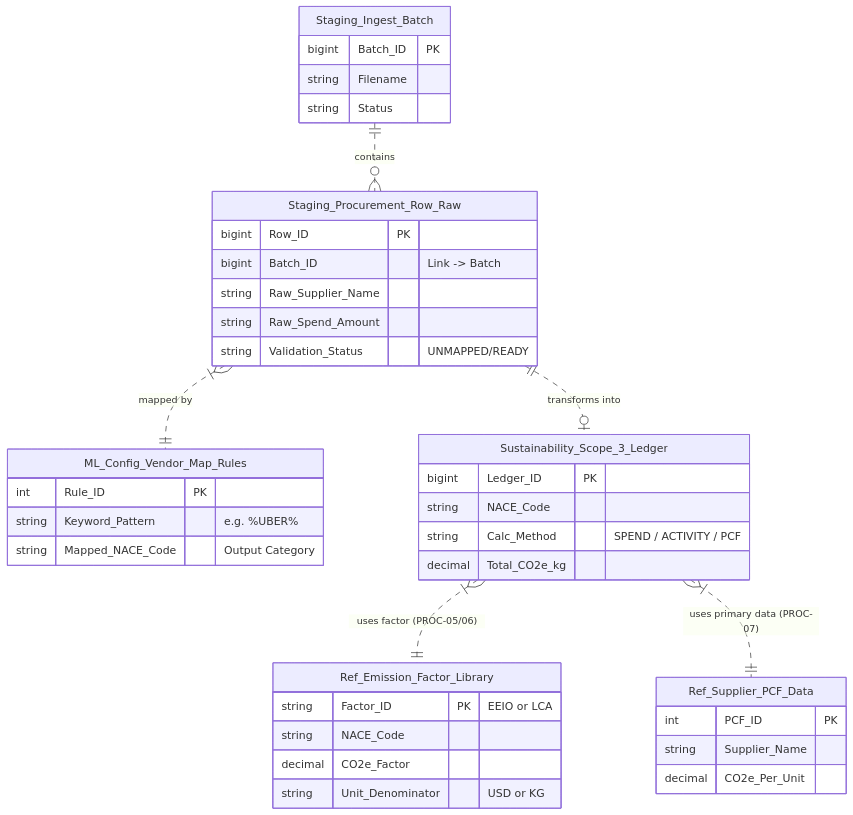
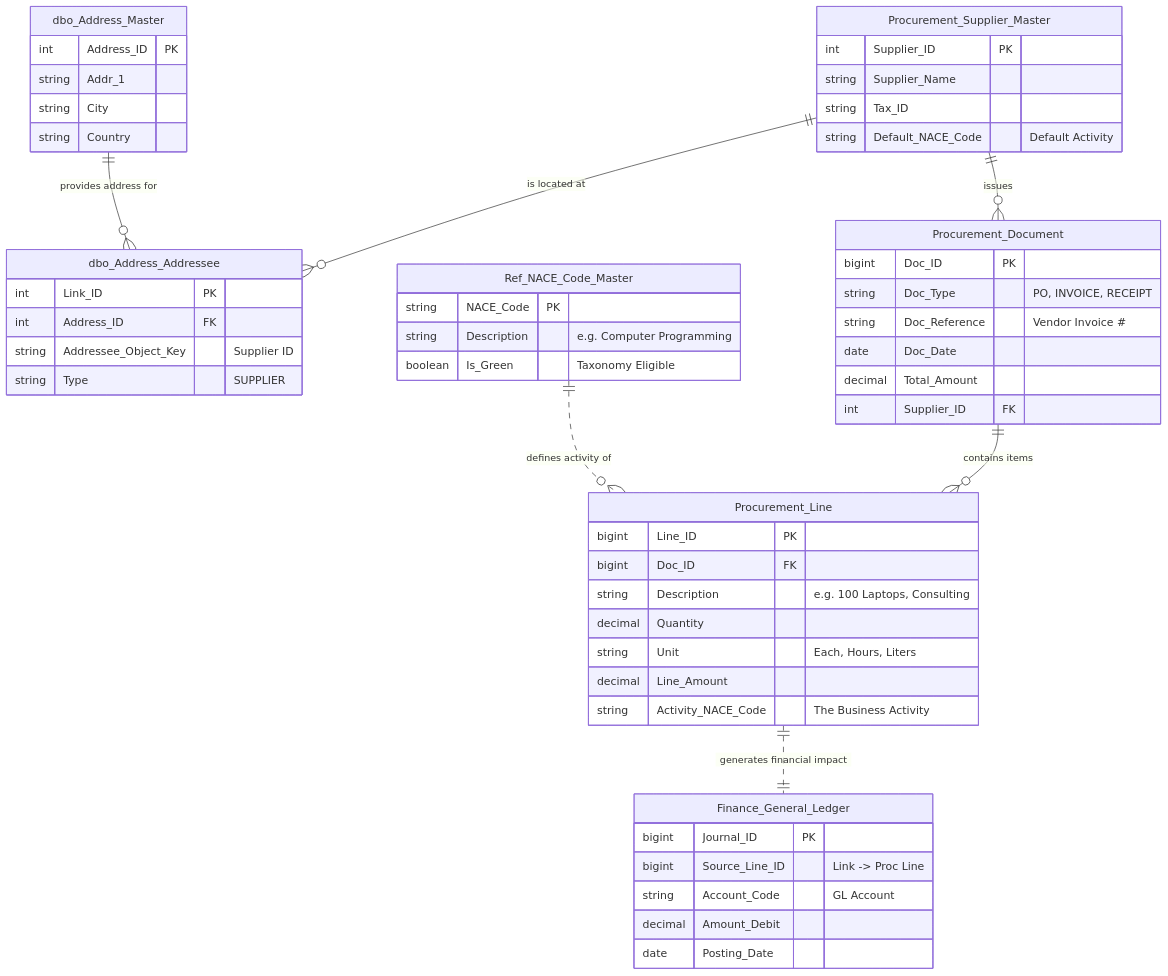
The second of 2 diagrams in 003 DETAILED SPECIFICATIONS IS09001/P- Procurement/P- Procurement Master Workflow.md (NeilWP/SUSTINA_CAB), drawn with Mermaid before and after one commit. The commit also changed other lines of this file, not shown here.

Commit message:
Update P- Procurement Master Workflow.md

````diff
--- a/003 DETAILED SPECIFICATIONS IS09001/P- Procurement/P- Procurement Master Workflow.md
+++ b/003 DETAILED SPECIFICATIONS IS09001/P- Procurement/P- Procurement Master Workflow.md
@@ -75,74 +86,93 @@
 ```mermaid
 erDiagram
-    %% =============================================
-    %% 1. INGEST LAYER (PROC-01)
-    %% =============================================
-    Staging_Ingest_Batch {
-        bigint Batch_ID PK
-        string Filename
-        string Status
+    %% =================================================
+    %% 1. MASTER DATA (Supplier & Location)
+    %% =================================================
+    Procurement_Supplier_Master {
+        int Supplier_ID PK
+        string Supplier_Name
+        string Tax_ID
+        string Default_NACE_Code "Default Activity"
     }
 
-    Staging_Procurement_Row_Raw {
-        bigint Row_ID PK
-        bigint Batch_ID "Link -> Batch"
-        string Raw_Supplier_Name
-        string Raw_Spend_Amount
-        string Validation_Status "UNMAPPED/READY"
+    dbo_Address_Master {
+        int Address_ID PK
+        string Addr_1
+        string City
+        string Country
     }
 
-    %% =============================================
-    %% 2. MAPPING LOGIC (PROC-03)
-    %% =============================================
-    ML_Config_Vendor_Map_Rules {
-        int Rule_ID PK
-        string Keyword_Pattern "e.g. %UBER%"
-        string Mapped_NACE_Code "Output Category"
+    %% Junction to link Supplier to Address
+    dbo_Address_Addressee {
+        int Link_ID PK
+        int Address_ID FK
+        string Addressee_Object_Key "Supplier ID"
+        string Type "SUPPLIER"
     }
 
-    %% =============================================
-    %% 3. CALCULATION LIBRARIES (PROC-05, 06, 07)
-    %% =============================================
-    Ref_Emission_Factor_Library {
-        string Factor_ID PK "EEIO or LCA"
-        string NACE_Code
-        decimal CO2e_Factor
-        string Unit_Denominator "USD or KG"
+    %% =================================================
+    %% 2. TRANSACTIONAL DATA (The Document Chain)
+    %% =================================================
+    Procurement_Document {
+        bigint Doc_ID PK
+        string Doc_Type "PO, INVOICE, RECEIPT"
+        string Doc_Reference "Vendor Invoice #"
+        date Doc_Date
+        decimal Total_Amount
+        int Supplier_ID FK
     }
 
-    Ref_Supplier_PCF_Data {
-        int PCF_ID PK
-        string Supplier_Name
-        decimal CO2e_Per_Unit
+    %% The "Good or Service" Supplied
+    Procurement_Line {
+        bigint Line_ID PK
+        bigint Doc_ID FK
+        string Description "e.g. 100 Laptops, Consulting"
+        decimal Quantity
+        string Unit "Each, Hours, Liters"
+        decimal Line_Amount
+        
+        %% THE CRITICAL ACTIVITY LINK
+        string Activity_NACE_Code "The Business Activity"
     }
 
-    %% =============================================
-    %% 4. THE SCOPE 3 LEDGER (DAT-02)
-    %% =============================================
-    Sustainability_Scope_3_Ledger {
-        bigint Ledger_ID PK
-        string NACE_Code
-        string Calc_Method "SPEND / ACTIVITY / PCF"
-        decimal Total_CO2e_kg
+    %% =================================================
+    %% 3. KNOWLEDGE & REPORTING (Finance & Activity)
+    %% =================================================
+    
+    %% The Definition of the Activity (Business Knowledge)
+    Ref_NACE_Code_Master {
+        string NACE_Code PK
+        string Description "e.g. Computer Programming"
+        boolean Is_Green "Taxonomy Eligible"
     }
 
-    %% =============================================
-    %% RELATIONSHIPS (Workflow Logic)
-    %% =============================================
+    %% The Financial Result (GL Reporting)
+    Finance_General_Ledger {
+        bigint Journal_ID PK
+        bigint Source_Line_ID "Link -> Proc Line"
+        string Account_Code "GL Account"
+        decimal Amount_Debit
+        date Posting_Date
+    }
 
-    %% Ingest Process
-    Staging_Ingest_Batch ||..o{ Staging_Procurement_Row_Raw : "contains"
+    %% =================================================
+    %% RELATIONSHIPS
+    %% =================================================
+
+    %% 1. Location Logic
+    Procurement_Supplier_Master ||--o{ dbo_Address_Addressee : "is located at"
+    dbo_Address_Master ||--o{ dbo_Address_Addressee : "provides address for"
+
+    %% 2. Purchasing Logic
+    Procurement_Supplier_Master ||--o{ Procurement_Document : "issues"
+    Procurement_Document ||--o{ Procurement_Line : "contains items"
+
+    %% 3. Business Activity Knowledge
+    %% The NACE Code defines what the goods/services actually represent
+    Ref_NACE_Code_Master ||..o{ Procurement_Line : "defines activity of"
     
-    %% ML Classification (PROC-03)
-    Staging_Procurement_Row_Raw }|..|| ML_Config_Vendor_Map_Rules : "mapped by"
+    %% 4. Financial Reporting Integration
+    %% The GL Entry is derived directly from the Line Item
+    Procurement_Line ||..|| Finance_General_Ledger : "generates financial impact"
 
-    %% Calculation Engines (PROC-04 Router Logic)
-    %% If Spend Data -> Use Emission Factor (EEIO)
-    Sustainability_Scope_3_Ledger }|..|| Ref_Emission_Factor_Library : "uses factor (PROC-05/06)"
-    
-    %% If Primary Data -> Use PCF
-    Sustainability_Scope_3_Ledger }|..|| Ref_Supplier_PCF_Data : "uses primary data (PROC-07)"
-
-    %% Final Consolidation (PROC-08)
-    Staging_Procurement_Row_Raw ||..o| Sustainability_Scope_3_Ledger : "transforms into"
 ```
````
